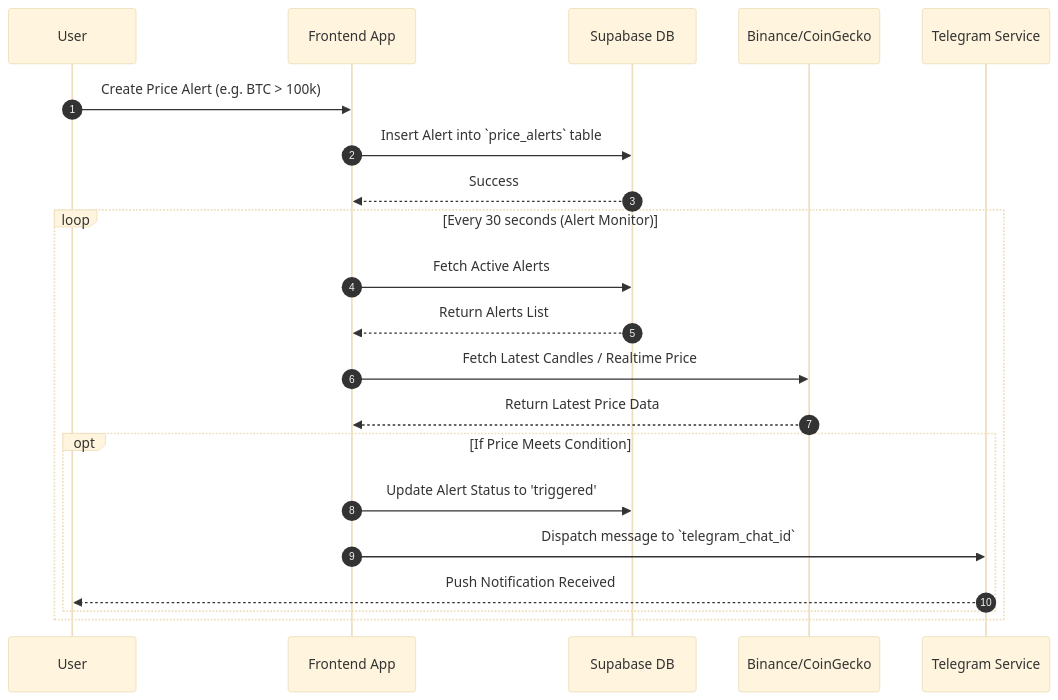
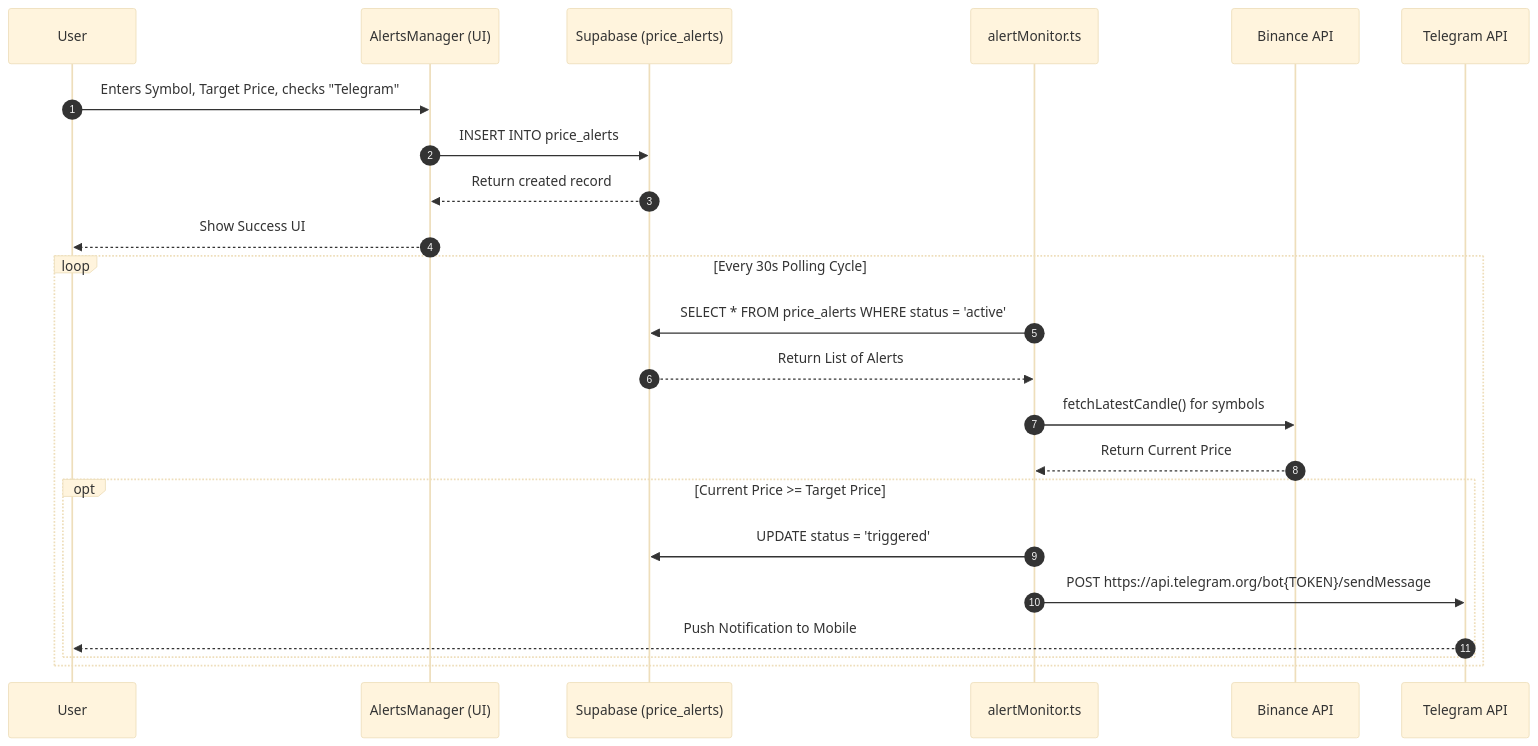
The third of 4 diagrams in README.md (Garvit-821/multi-asset-algorithmic-trading-software), drawn with Mermaid (base theme) before and after one commit. The commit also changed other lines of this file, not shown here.

````diff
--- a/README.md
+++ b/README.md
@@ -142,26 +183,29 @@
 ```mermaid
 sequenceDiagram
     autonumber
     participant U as User
-    participant F as Frontend App
-    participant DB as Supabase DB
-    participant API as Binance/CoinGecko
-    participant TG as Telegram Service
+    participant AM as AlertsManager (UI)
+    participant DB as Supabase (price_alerts)
+    participant Srv as alertMonitor.ts
+    participant Bin as Binance API
+    participant TG as Telegram API
 
-    U->>F: Create Price Alert (e.g. BTC > 100k)
-    F->>DB: Insert Alert into `price_alerts` table
-    DB-->>F: Success
+    U->>AM: Enters Symbol, Target Price, checks "Telegram"
+    AM->>DB: INSERT INTO price_alerts
+    DB-->>AM: Return created record
+    AM-->>U: Show Success UI
     
-    loop Every 30 seconds (Alert Monitor)
-        F->>DB: Fetch Active Alerts
-        DB-->>F: Return Alerts List
-        F->>API: Fetch Latest Candles / Realtime Price
-        API-->>F: Return Latest Price Data
+    loop Every 30s Polling Cycle
+        Srv->>DB: SELECT * FROM price_alerts WHERE status = 'active'
+        DB-->>Srv: Return List of Alerts
         
-        opt If Price Meets Condition
-            F->>DB: Update Alert Status to 'triggered'
-            F->>TG: Dispatch message to `telegram_chat_id`
-            TG-->>U: Push Notification Received
+        Srv->>Bin: fetchLatestCandle() for symbols
+        Bin-->>Srv: Return Current Price
+        
+        opt Current Price >= Target Price
+            Srv->>DB: UPDATE status = 'triggered'
+            Srv->>TG: POST https://api.telegram.org/bot{TOKEN}/sendMessage
+            TG-->>U: Push Notification to Mobile
         end
     end
 ```
````
